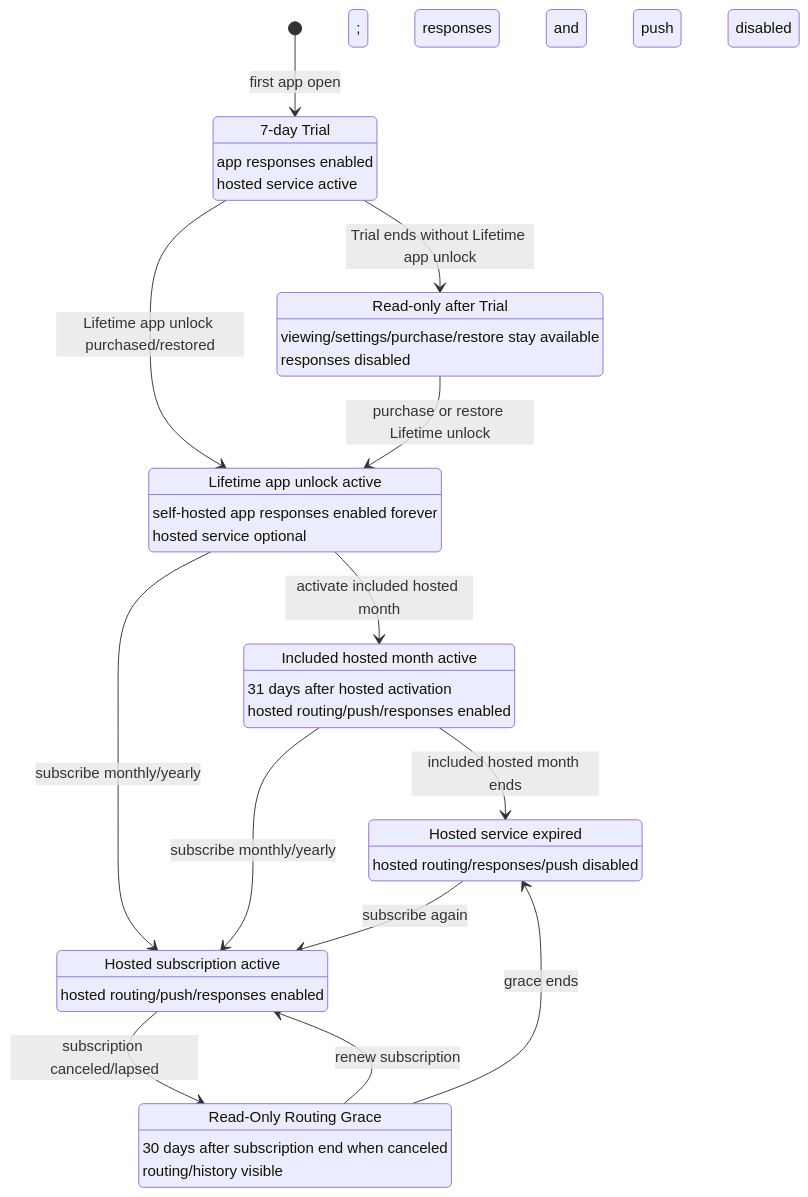
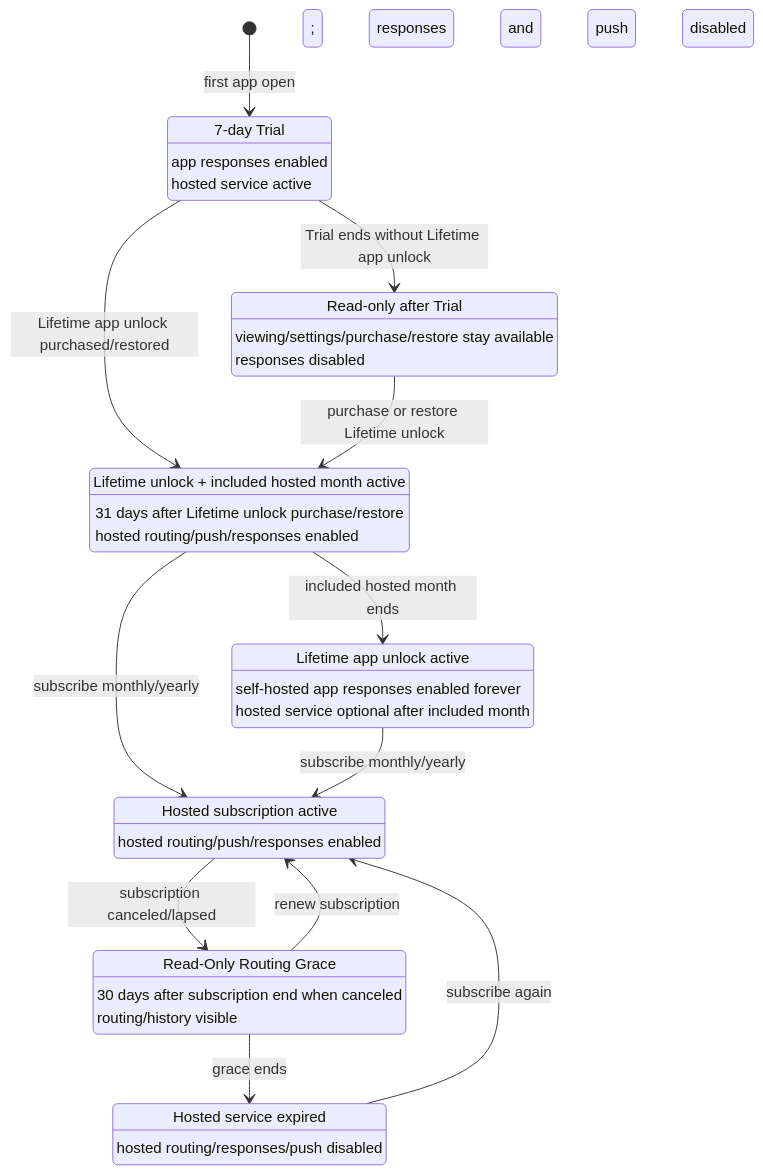
One commit to self-deprecated/agent-tick changed the diagram in docs/entitlement-lifecycle.md. Above: the diagram before and after it, drawn with Mermaid. The commit also changed other lines of this file and 7 other files, not shown here.

Commit message:
fix(billing): start included hosted month on app unlock

````diff
--- a/docs/entitlement-lifecycle.md
+++ b/docs/entitlement-lifecycle.md
@@ -12,40 +12,39 @@
 ```mermaid
 stateDiagram-v2
   [*] --> TrialActive: first app open
   TrialActive: 7-day Trial
   TrialActive: app responses enabled
   TrialActive: hosted service active
   TrialActive --> TrialReadOnly: Trial ends without Lifetime app unlock
-  TrialActive --> LifetimeUnlocked: Lifetime app unlock purchased/restored
+  TrialActive --> IncludedHostedMonth: Lifetime app unlock purchased/restored
 
   TrialReadOnly: Read-only after Trial
   TrialReadOnly: viewing/settings/purchase/restore stay available
   TrialReadOnly: responses disabled
-  TrialReadOnly --> LifetimeUnlocked: purchase or restore Lifetime unlock
+  TrialReadOnly --> IncludedHostedMonth: purchase or restore Lifetime unlock
+
+  IncludedHostedMonth: Lifetime unlock + included hosted month active
+  IncludedHostedMonth: 31 days after Lifetime unlock purchase/restore
+  IncludedHostedMonth: hosted routing/push/responses enabled
+  IncludedHostedMonth --> LifetimeUnlocked: included hosted month ends
+  IncludedHostedMonth --> HostedSubscriptionActive: subscribe monthly/yearly
 
   LifetimeUnlocked: Lifetime app unlock active
   LifetimeUnlocked: self-hosted app responses enabled forever
-  LifetimeUnlocked: hosted service optional
-  LifetimeUnlocked --> IncludedHostedMonth: activate included hosted month
+  LifetimeUnlocked: hosted service optional after included month
   LifetimeUnlocked --> HostedSubscriptionActive: subscribe monthly/yearly
-
-  IncludedHostedMonth: Included hosted month active
-  IncludedHostedMonth: 31 days after hosted activation
-  IncludedHostedMonth: hosted routing/push/responses enabled
-  IncludedHostedMonth --> HostedExpired: included hosted month ends
-  IncludedHostedMonth --> HostedSubscriptionActive: subscribe monthly/yearly
 
   HostedSubscriptionActive: Hosted subscription active
   HostedSubscriptionActive: hosted routing/push/responses enabled
   HostedSubscriptionActive --> ReadOnlyRoutingGrace: subscription canceled/lapsed
 
   ReadOnlyRoutingGrace: Read-Only Routing Grace
   ReadOnlyRoutingGrace: 30 days after subscription end when canceled
   ReadOnlyRoutingGrace: routing/history visible; responses and push disabled
   ReadOnlyRoutingGrace --> HostedSubscriptionActive: renew subscription
   ReadOnlyRoutingGrace --> HostedExpired: grace ends
 
   HostedExpired: Hosted service expired
   HostedExpired: hosted routing/responses/push disabled
   HostedExpired --> HostedSubscriptionActive: subscribe again
 ```
````
